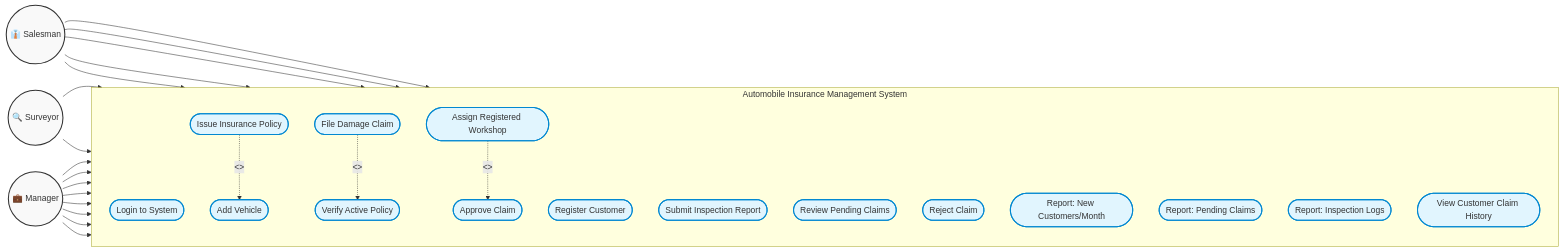
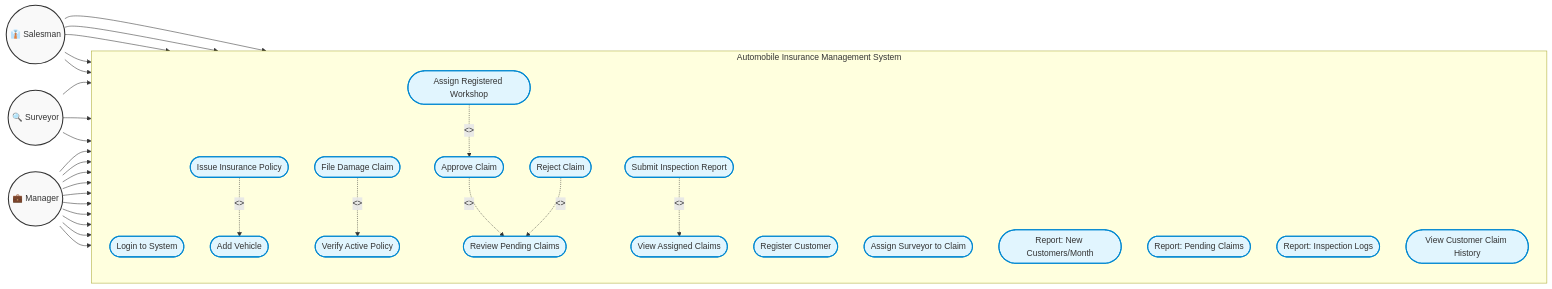
One commit to abdurrehmanshah1005/insurance-system-SDA-project changed the diagram in AutoInsuranceSystem/docs/use_case_diagram.mmd. Above: the diagram before and after it, drawn with Mermaid. The commit also changed 3 other files, not shown here.

Commit message:
Update class diagram and use case diagram with fixes

```diff
--- a/AutoInsuranceSystem/docs/use_case_diagram.mmd
+++ b/AutoInsuranceSystem/docs/use_case_diagram.mmd
@@ -1,75 +1,83 @@
 flowchart LR
     %% =========================
     %% ACTORS
     %% =========================
     Salesman(("👔 Salesman"))
     Surveyor(("🔍 Surveyor"))
     Manager(("💼 Manager"))
 
     %% =========================
     %% SYSTEM BOUNDARY
     %% =========================
     subgraph SystemBoundary [Automobile Insurance Management System]
         direction TB
         
         %% GENERAL / AUTH
         Login([Login to System])
         
         %% SALESMAN WORKFLOW
         RegCust([Register Customer])
         AddVeh([Add Vehicle])
         IssPol([Issue Insurance Policy])
         FileClaim([File Damage Claim])
         CheckPol([Verify Active Policy])
         
-        %% INSPECTION WORKFLOW
+        %% SURVEYOR WORKFLOW
+        ViewAssigned([View Assigned Claims])
         SubmitInsp([Submit Inspection Report])
         
         %% MANAGER WORKFLOW
         ReviewClaim([Review Pending Claims])
+        AssignSurveyor([Assign Surveyor to Claim])
         ApproveClaim([Approve Claim])
         RejectClaim([Reject Claim])
         AssignWorkshop([Assign Registered Workshop])
         
         %% REPORTING WORKFLOW
         RepNewCust([Report: New Customers/Month])
         RepPending([Report: Pending Claims])
         RepInsp([Report: Inspection Logs])
         ViewHistory([View Customer Claim History])
     end
 
     %% =========================
     %% PRIMARY ACTOR RELATIONSHIPS
     %% =========================
     Salesman --> Login
     Surveyor --> Login
     Manager --> Login
     
     Salesman --> RegCust
     Salesman --> AddVeh
     Salesman --> IssPol
     Salesman --> FileClaim
     
+    Surveyor --> ViewAssigned
     Surveyor --> SubmitInsp
     
     Manager --> ReviewClaim
+    Manager --> AssignSurveyor
     Manager --> ApproveClaim
     Manager --> RejectClaim
+    Manager --> AssignWorkshop
     Manager --> RepNewCust
     Manager --> RepPending
     Manager --> RepInsp
     Manager --> ViewHistory
 
     %% =========================
     %% USE CASE DEPENDENCIES (INCLUDES & EXTENDS)
     %% =========================
     IssPol -. "<<include>>" .-> AddVeh
     FileClaim -. "<<include>>" .-> CheckPol
+    ApproveClaim -. "<<include>>" .-> ReviewClaim
+    RejectClaim -. "<<include>>" .-> ReviewClaim
     AssignWorkshop -. "<<extend>>" .-> ApproveClaim
+    SubmitInsp -. "<<include>>" .-> ViewAssigned
     
     %% Style adjustments for clarity
     classDef actor fill:#f9f9f9,stroke:#333,stroke-width:2px;
     classDef usecase fill:#e1f5fe,stroke:#0288d1,stroke-width:2px,rx:20px,ry:20px;
     
     class Salesman,Surveyor,Manager actor;
-    class Login,RegCust,AddVeh,IssPol,FileClaim,CheckPol,SubmitInsp,ReviewClaim,ApproveClaim,RejectClaim,AssignWorkshop,RepNewCust,RepPending,RepInsp,ViewHistory usecase;
+    class Login,RegCust,AddVeh,IssPol,FileClaim,CheckPol,ViewAssigned,SubmitInsp,ReviewClaim,AssignSurveyor,ApproveClaim,RejectClaim,AssignWorkshop,RepNewCust,RepPending,RepInsp,ViewHistory usecase;
```
